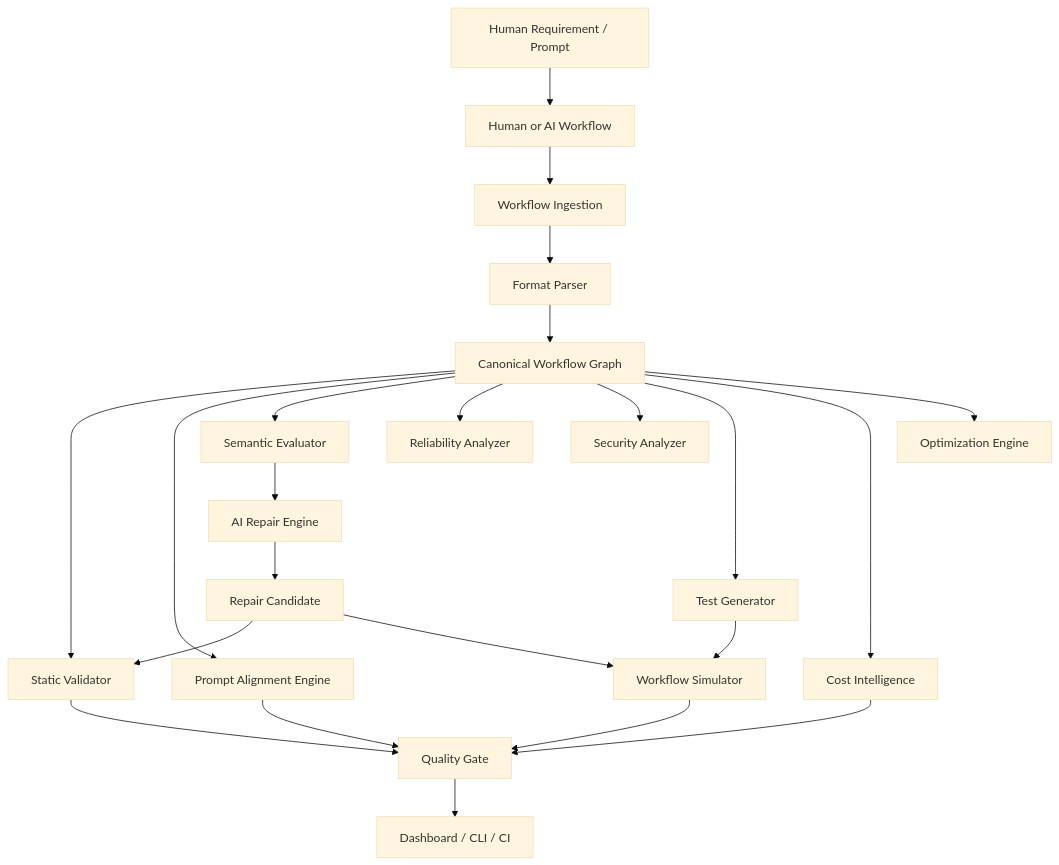
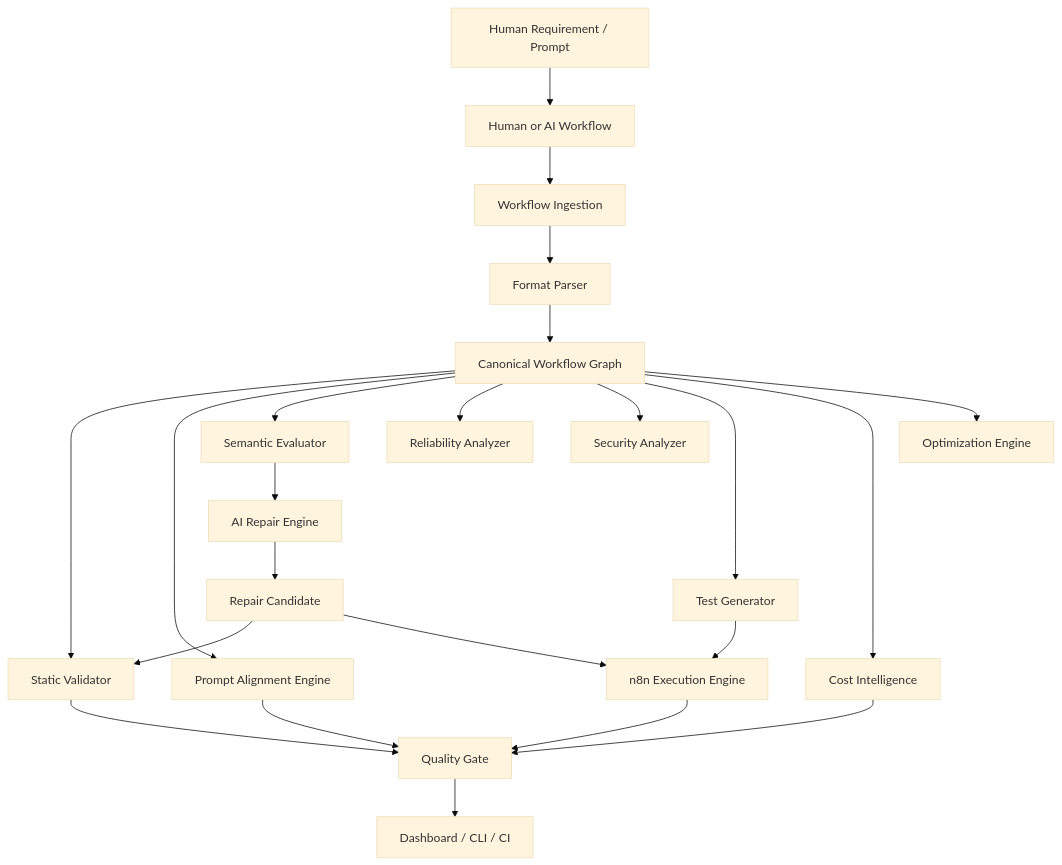
One commit to x-anudeep/WorkflowGuard changed the diagram in docs/architecture.md. Above: the diagram before and after it, drawn with Mermaid (base theme). The commit also changed other lines of this file and 7 other files, not shown here.

````diff
--- a/docs/architecture.md
+++ b/docs/architecture.md
@@ -7,25 +7,25 @@
 ```mermaid
 flowchart TD
   A[Human Requirement / Prompt] --> B[Human or AI Workflow]
   B --> C[Workflow Ingestion]
   C --> D[Format Parser]
   D --> E[Canonical Workflow Graph]
   E --> F[Static Validator]
   E --> G[Prompt Alignment Engine]
   E --> H[Semantic Evaluator]
   E --> I[Reliability Analyzer]
   E --> J[Security Analyzer]
   E --> K[Test Generator]
-  K --> L[Workflow Simulator]
+  K --> L[n8n Execution Engine]
   E --> M[Cost Intelligence]
   E --> N[Optimization Engine]
   H --> O[AI Repair Engine]
   F --> P[Quality Gate]
   G --> P
   L --> P
   M --> P
   P --> Q[Dashboard / CLI / CI]
   O --> R[Repair Candidate]
   R --> F
   R --> L
 ```
````
